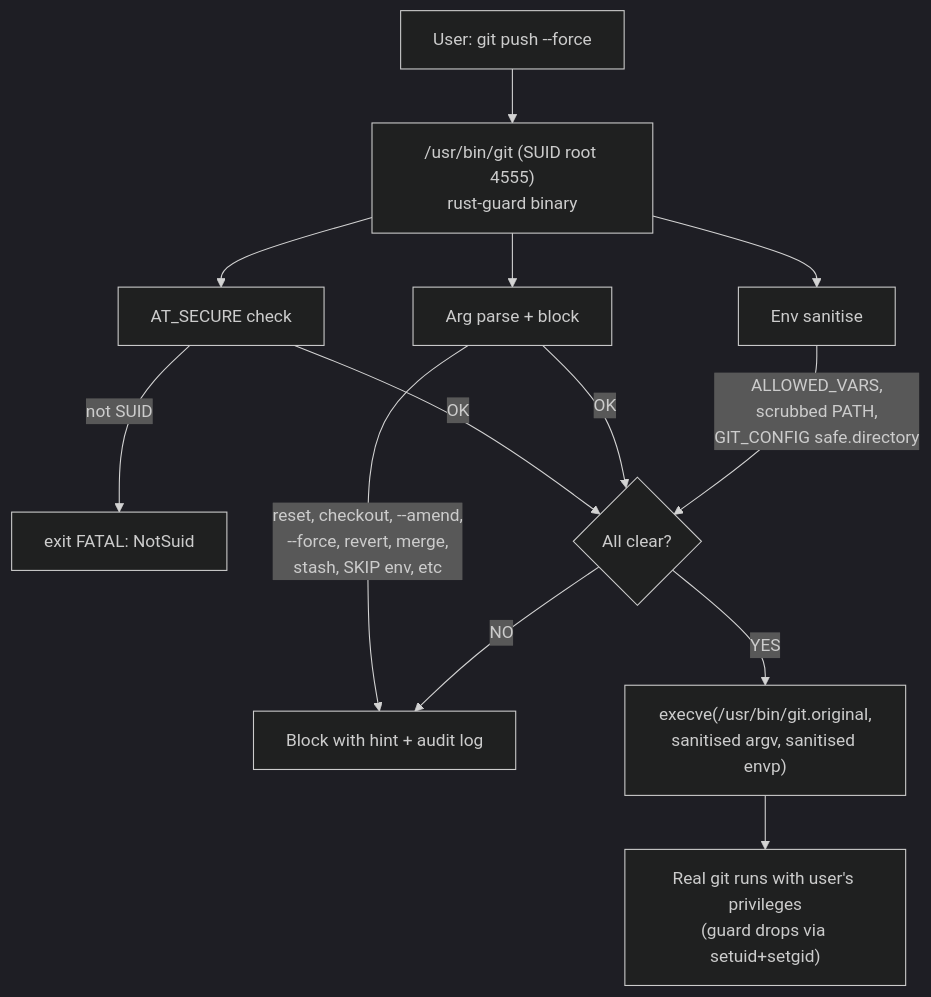
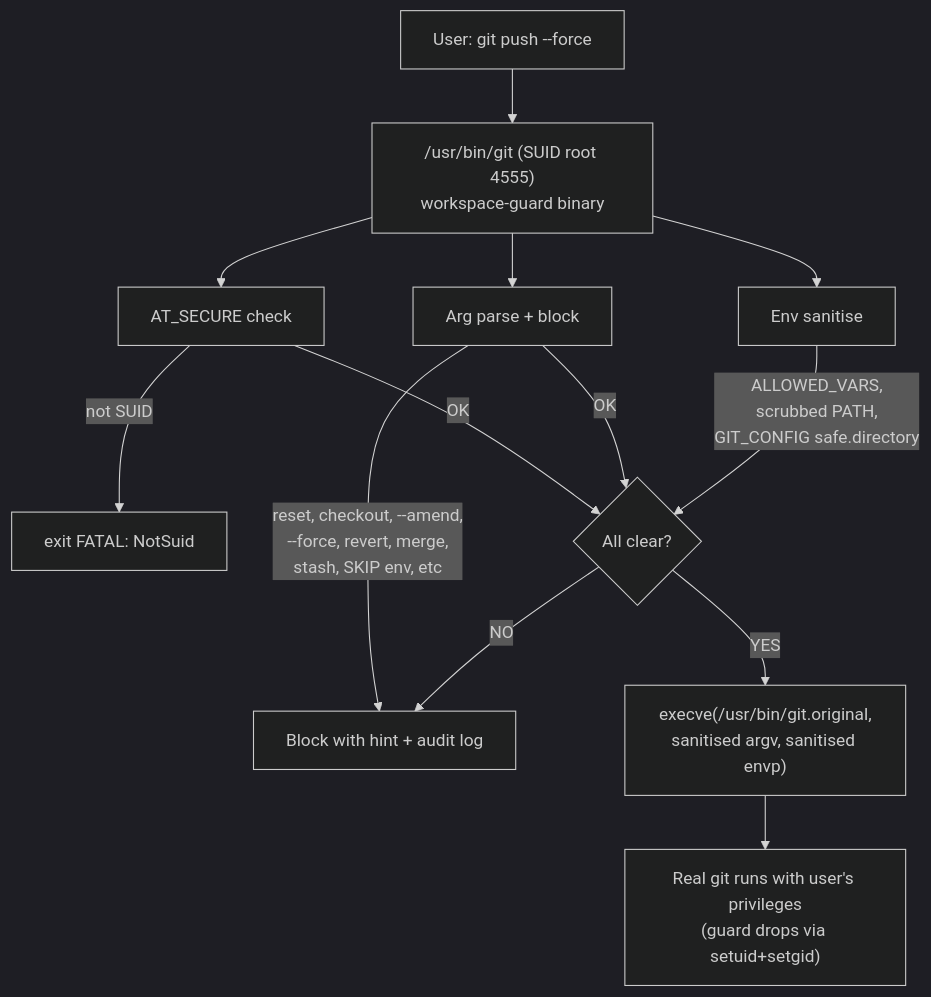
One commit to Independent-AI-Labs/RUST-GUARD changed the diagram in README.md. Above: the diagram before and after it, drawn with Mermaid (dark theme). The commit also changed other lines of this file and 15 other files, not shown here.

First line of the commit message:
refactor: rename RUST-GUARD to WORKSPACE-GUARD

````diff
--- a/README.md
+++ b/README.md
@@ -19,22 +19,22 @@
 ```mermaid
 flowchart TD
-    User["User: git push --force"] --> Guard["/usr/bin/git (SUID root 4555)<br/>rust-guard binary"]
+    User["User: git push --force"] --> Guard["/usr/bin/git (SUID root 4555)<br/>workspace-guard binary"]
 
     Guard --> AT_SECURE["AT_SECURE check"]
     Guard --> ArgParse["Arg parse + block"]
     Guard --> EnvSanitise["Env sanitise"]
 
     AT_SECURE -->|"not SUID"| NotSuid["exit FATAL: NotSuid"]
     AT_SECURE -->|"OK"| AllClear
 
     ArgParse -->|"reset, checkout, --amend,<br/>--force, revert, merge,<br/>stash, SKIP env, etc"| Blocked
     ArgParse -->|"OK"| AllClear
 
     EnvSanitise -->|"ALLOWED_VARS,<br/>scrubbed PATH,<br/>GIT_CONFIG safe.directory"| AllClear
 
     AllClear{"All clear?"}
     AllClear -->|NO| Blocked["Block with hint + audit log"]
     AllClear -->|YES| Execve["execve(/usr/bin/git.original,<br/>sanitised argv, sanitised envp)"]
 
     Execve --> RealGit["Real git runs with user's privileges<br/>(guard drops via setuid+setgid)"]
 ```
````
